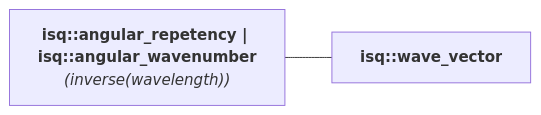
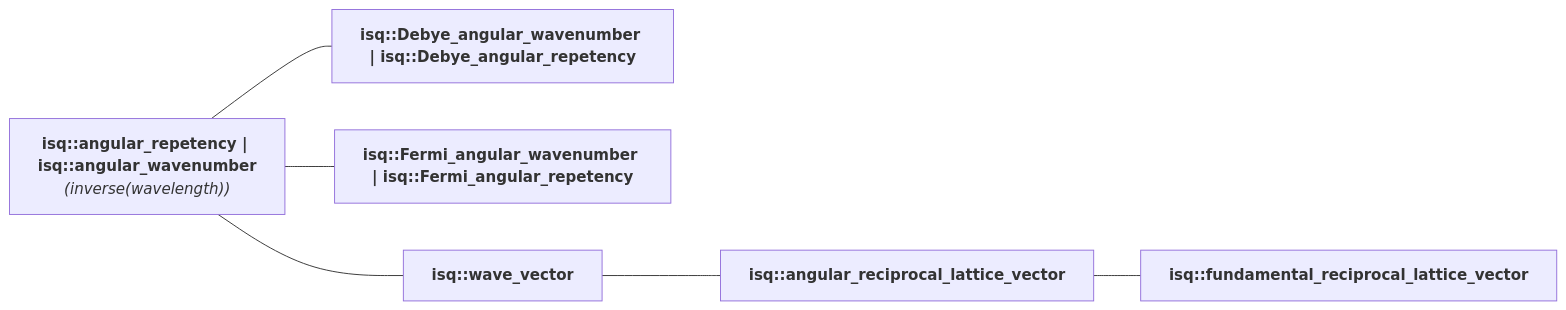
Before and after one commit to mpusz/mp-units: the diagram in docs/reference/systems_reference/hierarchies/angular_repetency_isq.md, drawn with Mermaid. The commit also changed 30 other files, not shown here.

````diff
--- a/docs/reference/systems_reference/hierarchies/angular_repetency_isq.md
+++ b/docs/reference/systems_reference/hierarchies/angular_repetency_isq.md
@@ -8,6 +8,14 @@
 ```mermaid
 flowchart LR
     isq_angular_repetency["<b><a href="../../systems/isq/#angular_repetency" style="color: var(--md-mermaid-label-fg-color); text-decoration: none;">isq::angular_repetency</a> | <a href="../../systems/isq/#angular_wavenumber" style="color: var(--md-mermaid-label-fg-color); text-decoration: none;">isq::angular_wavenumber</a></b><br><i>(inverse(<a href="../../systems/isq/#wavelength" style="color: var(--md-mermaid-label-fg-color); text-decoration: none;">wavelength</a>))</i>"]
+    isq_Debye_angular_wavenumber["<b><a href="../../systems/isq/#Debye_angular_wavenumber" style="color: var(--md-mermaid-label-fg-color); text-decoration: none;">isq::Debye_angular_wavenumber</a> | <a href="../../systems/isq/#Debye_angular_repetency" style="color: var(--md-mermaid-label-fg-color); text-decoration: none;">isq::Debye_angular_repetency</a></b>"]
+    isq_angular_repetency --- isq_Debye_angular_wavenumber
+    isq_Fermi_angular_wavenumber["<b><a href="../../systems/isq/#Fermi_angular_wavenumber" style="color: var(--md-mermaid-label-fg-color); text-decoration: none;">isq::Fermi_angular_wavenumber</a> | <a href="../../systems/isq/#Fermi_angular_repetency" style="color: var(--md-mermaid-label-fg-color); text-decoration: none;">isq::Fermi_angular_repetency</a></b>"]
+    isq_angular_repetency --- isq_Fermi_angular_wavenumber
     isq_wave_vector["<b><a href="../../systems/isq/#wave_vector" style="color: var(--md-mermaid-label-fg-color); text-decoration: none;">isq::wave_vector</a></b>"]
     isq_angular_repetency --- isq_wave_vector
+    isq_angular_reciprocal_lattice_vector["<b><a href="../../systems/isq/#angular_reciprocal_lattice_vector" style="color: var(--md-mermaid-label-fg-color); text-decoration: none;">isq::angular_reciprocal_lattice_vector</a></b>"]
+    isq_wave_vector --- isq_angular_reciprocal_lattice_vector
+    isq_fundamental_reciprocal_lattice_vector["<b><a href="../../systems/isq/#fundamental_reciprocal_lattice_vector" style="color: var(--md-mermaid-label-fg-color); text-decoration: none;">isq::fundamental_reciprocal_lattice_vector</a></b>"]
+    isq_angular_reciprocal_lattice_vector --- isq_fundamental_reciprocal_lattice_vector
 ```
````
